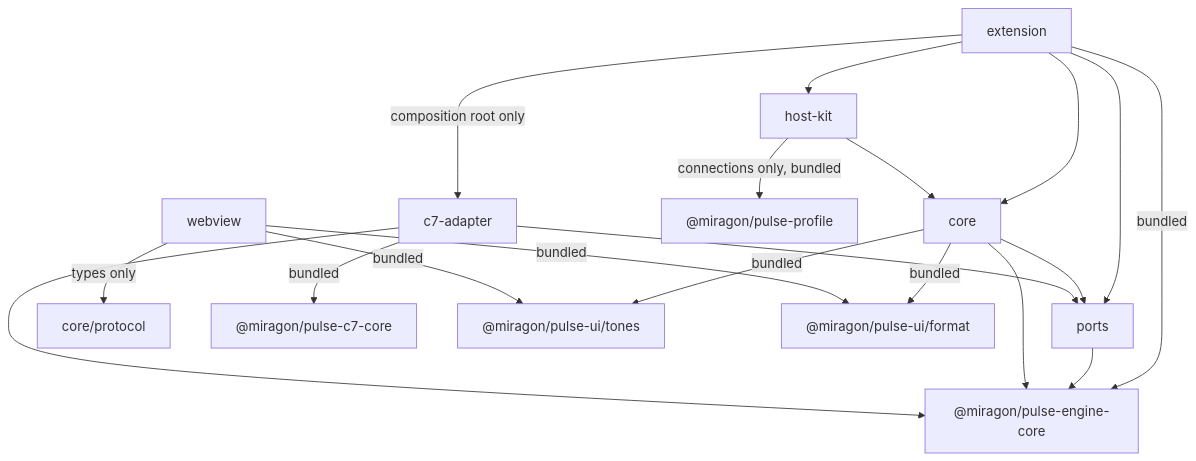
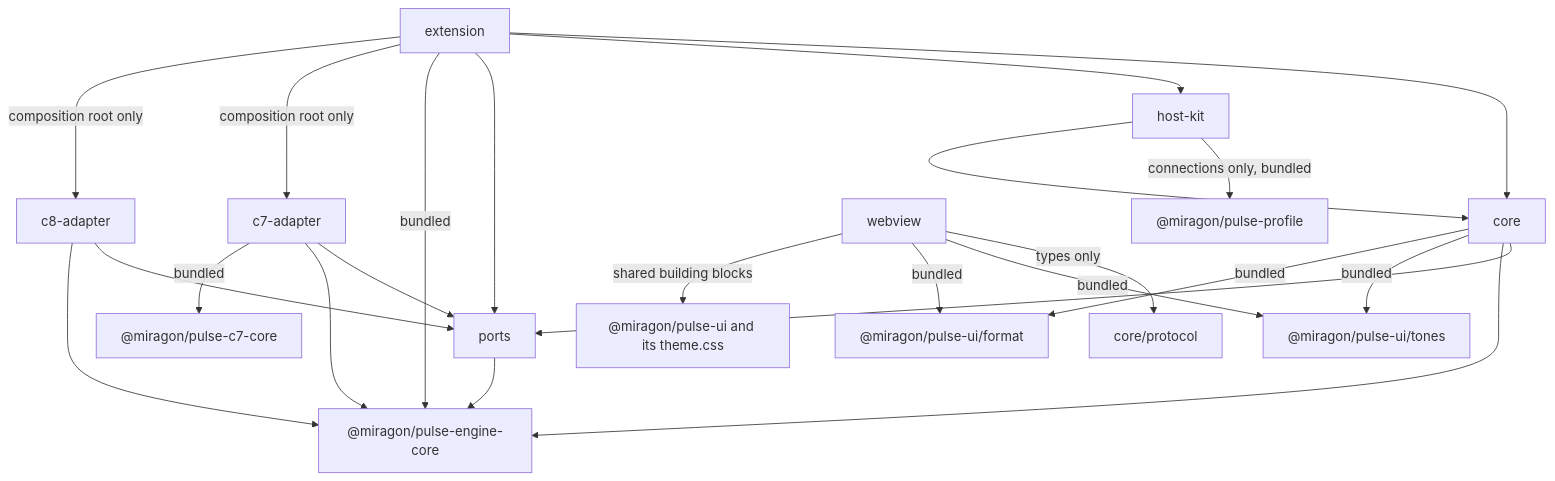
One commit to Miragon/pulse changed the third of 7 diagrams in apps/vscode/docs/architecture-overview.md. Above: the diagram before and after it, drawn with Mermaid. The commit also changed other lines of this file and 1868 other files, not shown here.

````diff
--- a/apps/vscode/docs/architecture-overview.md
+++ b/apps/vscode/docs/architecture-overview.md
@@ -130,21 +139,25 @@
 ```mermaid
 flowchart TB
   extension --> core
   extension --> hostKit[host-kit]
   extension --> ports[ports]
   extension -- bundled --> engineCore["@miragon/pulse-engine-core"]
   extension -- composition root only --> adapterC7[c7-adapter]
+  extension -- composition root only --> adapterC8[c8-adapter]
   hostKit -- connections only, bundled --> profile["@miragon/pulse-profile"]
   hostKit --> core
   ports --> engineCore
   core --> ports
   core --> engineCore
   webview -- types only --> protocol[core/protocol]
   adapterC7 --> ports
   adapterC7 --> engineCore
   adapterC7 -- bundled --> c7Core["@miragon/pulse-c7-core"]
+  adapterC8 --> ports
+  adapterC8 --> engineCore
   core -- bundled --> tones["@miragon/pulse-ui/tones"]
   webview -- bundled --> tones
   core -- bundled --> format["@miragon/pulse-ui/format"]
   webview -- bundled --> format
+  webview -- shared building blocks --> kit["@miragon/pulse-ui and its theme.css"]
 ```
````
